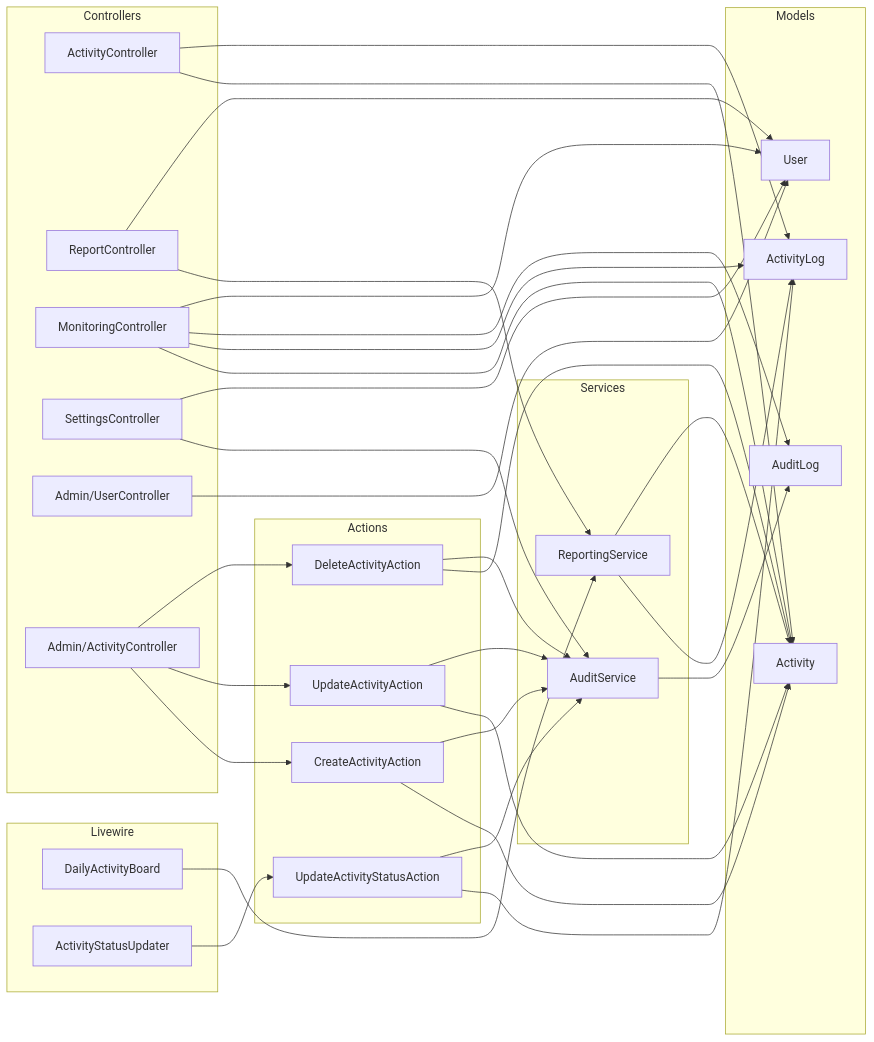
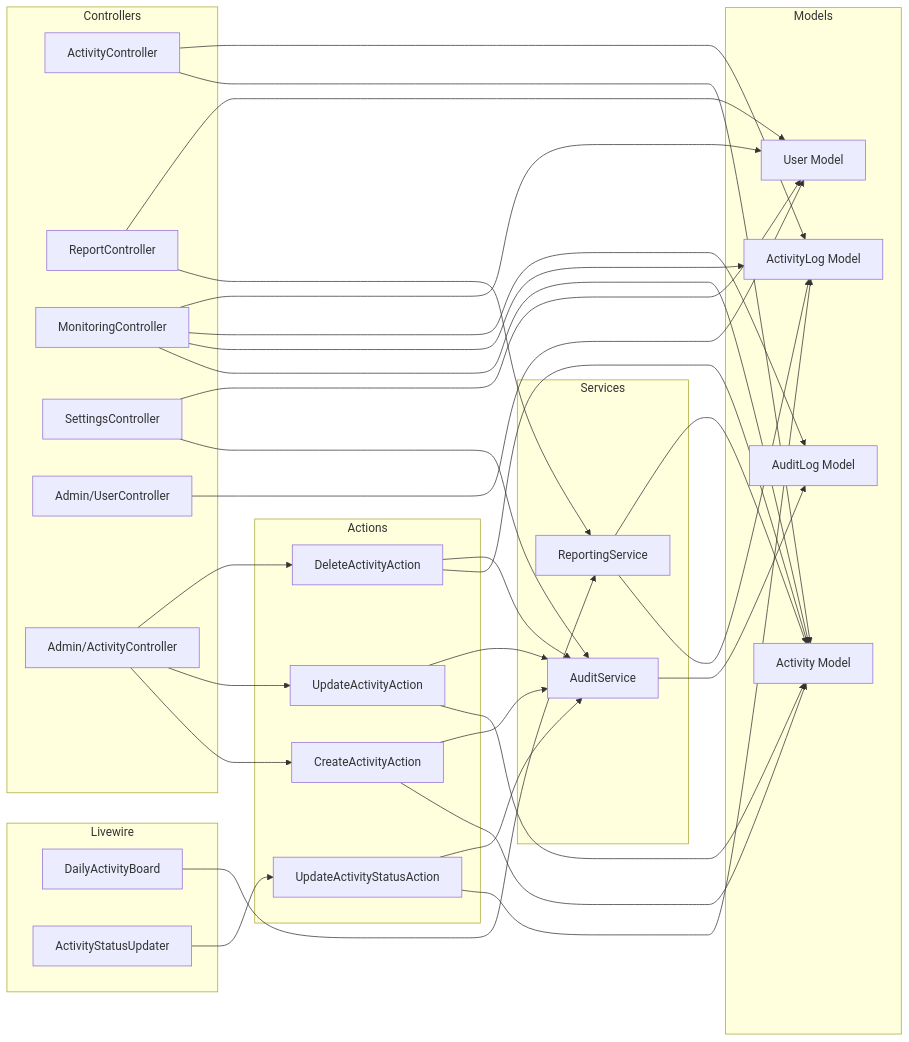
Before and after one commit to mhiskall282/npontu-technologies-sre: the sixth of 8 diagrams in docs/architecture.md, drawn with Mermaid. The commit also changed other lines of this file, not shown here.

Commit message:
docs(architecture): sanitize and standardize all 8 Mermaid diagrams for strict syntax compliance and responsive rendering

````diff
--- a/docs/architecture.md
+++ b/docs/architecture.md
@@ -239,53 +255,66 @@
 ```mermaid
 graph LR
     subgraph Controllers
-        AC[ActivityController]
-        RC[ReportController]
-        MC[MonitoringController]
-        SC[SettingsController]
-        AU[Admin/UserController]
-        AA[Admin/ActivityController]
+        AC["ActivityController"]
+        RC["ReportController"]
+        MC["MonitoringController"]
+        SC["SettingsController"]
+        AU["Admin/UserController"]
+        AA["Admin/ActivityController"]
     end
 
     subgraph Livewire
-        DAB[DailyActivityBoard]
-        ASU[ActivityStatusUpdater]
+        DAB["DailyActivityBoard"]
+        ASU["ActivityStatusUpdater"]
     end
 
     subgraph Actions
-        CAA[CreateActivityAction]
-        UAA[UpdateActivityAction]
-        UASA[UpdateActivityStatusAction]
-        DAA[DeleteActivityAction]
+        CAA["CreateActivityAction"]
+        UAA["UpdateActivityAction"]
+        UASA["UpdateActivityStatusAction"]
+        DAA["DeleteActivityAction"]
     end
 
     subgraph Services
-        AS[AuditService]
-        RS[ReportingService]
+        AS["AuditService"]
+        RS["ReportingService"]
     end
 
     subgraph Models
-        M_U[User]
-        M_A[Activity]
-        M_AL[ActivityLog]
-        M_AU[AuditLog]
+        M_U["User Model"]
+        M_A["Activity Model"]
+        M_AL["ActivityLog Model"]
+        M_AU["AuditLog Model"]
     end
 
-    AC --> M_A & M_AL
-    RC --> RS & M_U
-    MC --> M_A & M_AL & M_AU & M_U
-    SC --> AS & M_U
+    AC --> M_A
+    AC --> M_AL
+    RC --> RS
+    RC --> M_U
+    MC --> M_A
+    MC --> M_AL
+    MC --> M_AU
+    MC --> M_U
+    SC --> AS
+    SC --> M_U
     AU --> M_U
-    AA --> CAA & UAA & DAA
+    AA --> CAA
+    AA --> UAA
+    AA --> DAA
 
     DAB --> RS
     ASU --> UASA
 
-    CAA --> M_A & AS
-    UAA --> M_A & AS
-    UASA --> M_AL & AS
-    DAA --> M_A & AS
+    CAA --> M_A
+    CAA --> AS
+    UAA --> M_A
+    UAA --> AS
+    UASA --> M_AL
+    UASA --> AS
+    DAA --> M_A
+    DAA --> AS
 
-    RS --> M_AL & M_A
+    RS --> M_AL
+    RS --> M_A
     AS --> M_AU
 ```
````
